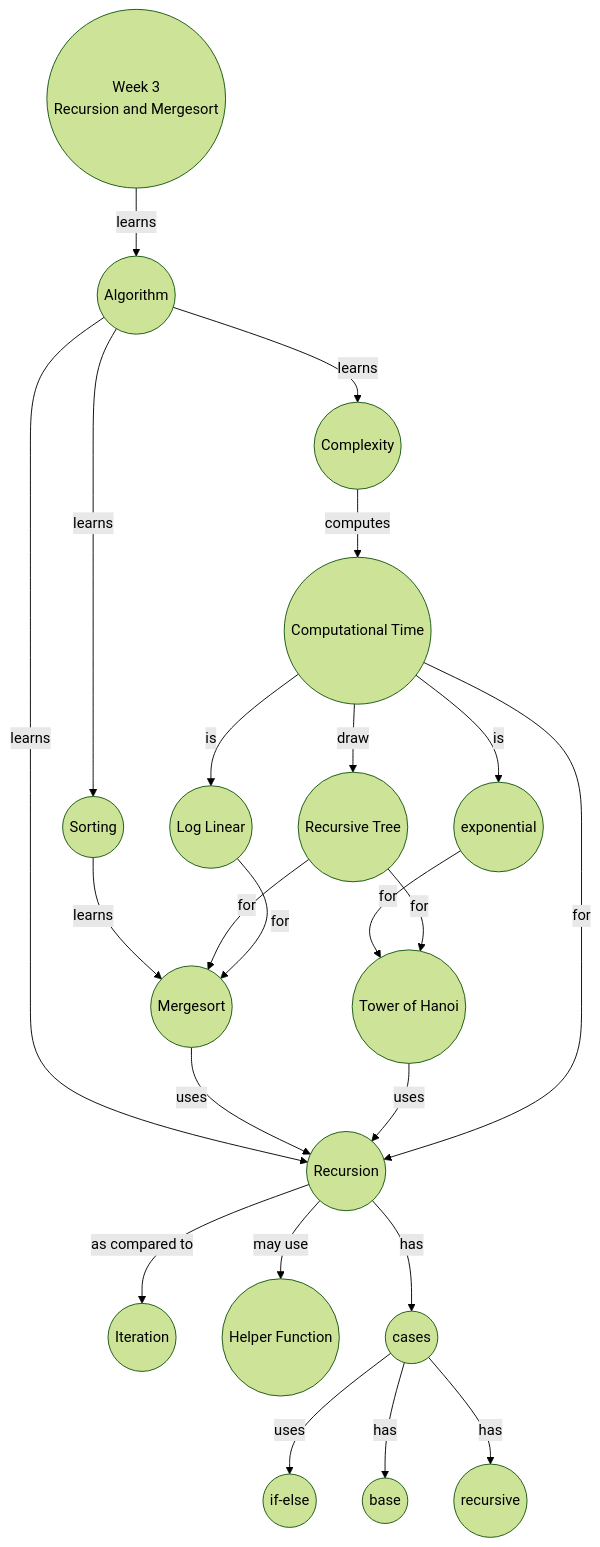
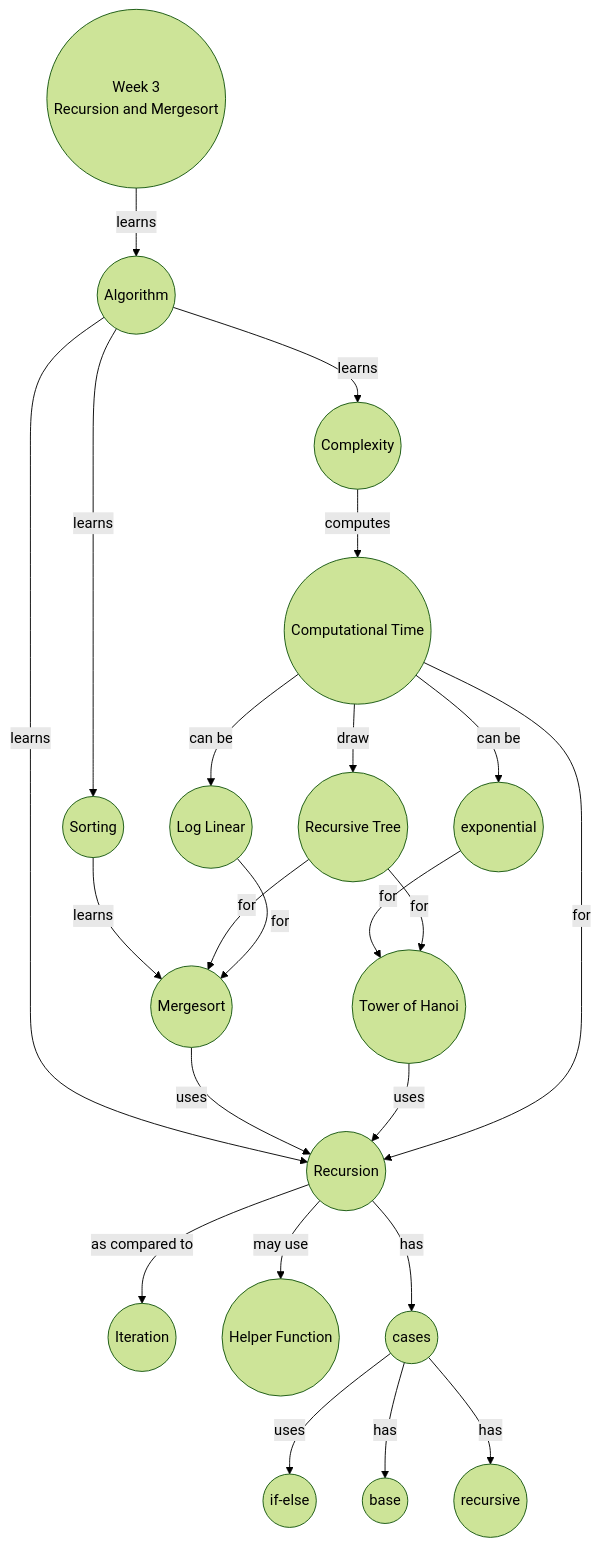
Before and after one commit to iamanigeeit/DDW2023: the diagram in learning-objectives/03-divide-conquer.md, drawn with Mermaid (forest theme). The commit also changed 3 other files, not shown here.

Commit message:
Fix mermaid diagram for week 3 to 6.

````diff
--- a/learning-objectives/03-divide-conquer.md
+++ b/learning-objectives/03-divide-conquer.md
@@ -21,25 +21,25 @@
 ```mermaid
 flowchart TD
     A((Week 3<br>Recursion and Mergesort)) --> |learns| ALGO((Algorithm))
     ALGO --> |learns| C((Complexity))
     ALGO --> |learns| R((Recursion))
     ALGO --> |learns| S((Sorting))
     C  --> |computes| CT((Computational Time))
     R --> |as compared to| ITER((Iteration))
     R --> |may use| HF((Helper Function))
     R --> |has| CS((cases))
     S --> |learns| MS((Mergesort))
     CT --> |draw| RT((Recursive Tree))
-    CT --> |is| EXP((exponential))
+    CT --> |can be| EXP((exponential))
     EXP --> |for| TOH
-    CT --> |is| LL((Log Linear))
+    CT --> |can be| LL((Log Linear))
     MS --> |uses| R
     CS --> |uses| IE((if-else))
     CS --> |has| BASE((base))
     CS --> |has| REC((recursive))
     RT --> |for| TOH((Tower of Hanoi))
     RT --> |for| MS
     LL --> |for| MS
     TOH --> |uses| R
     CT --> |for| R
 ```
````
